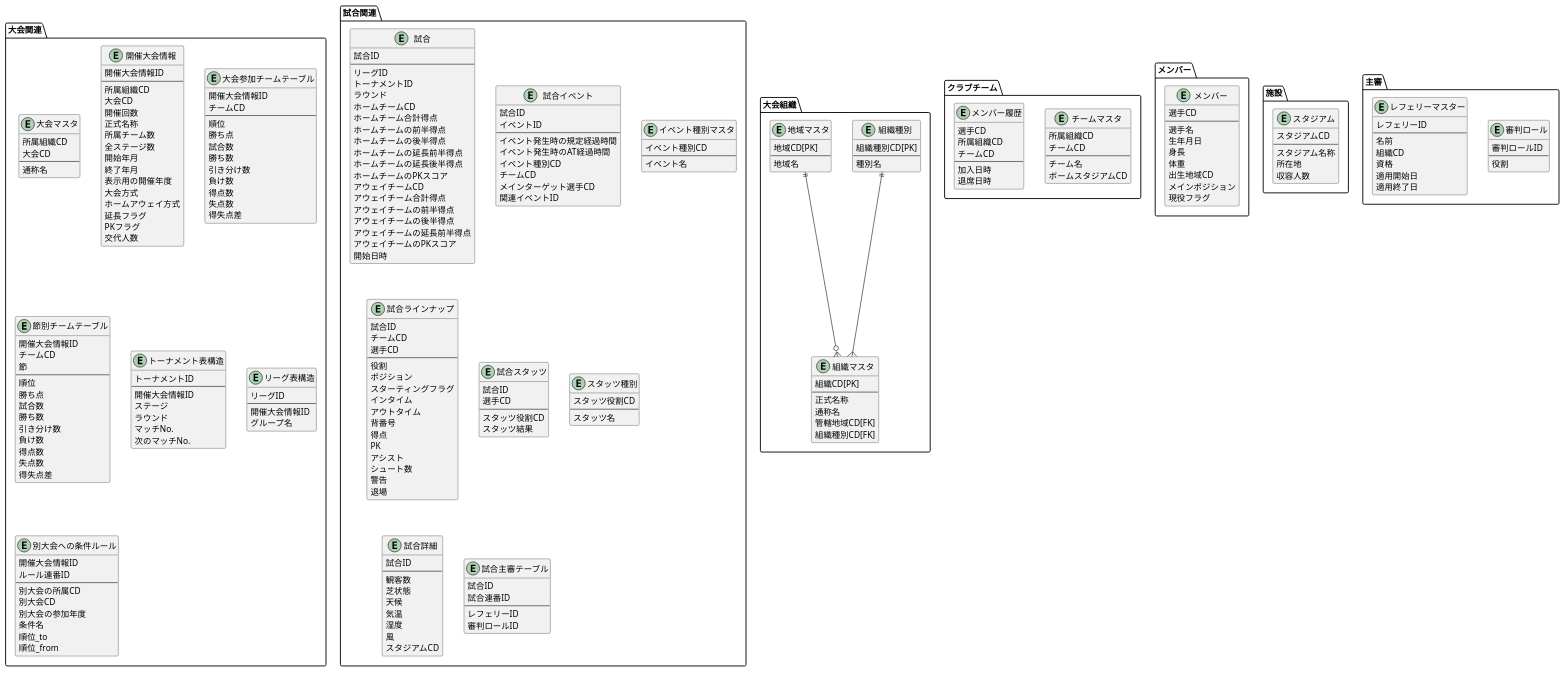
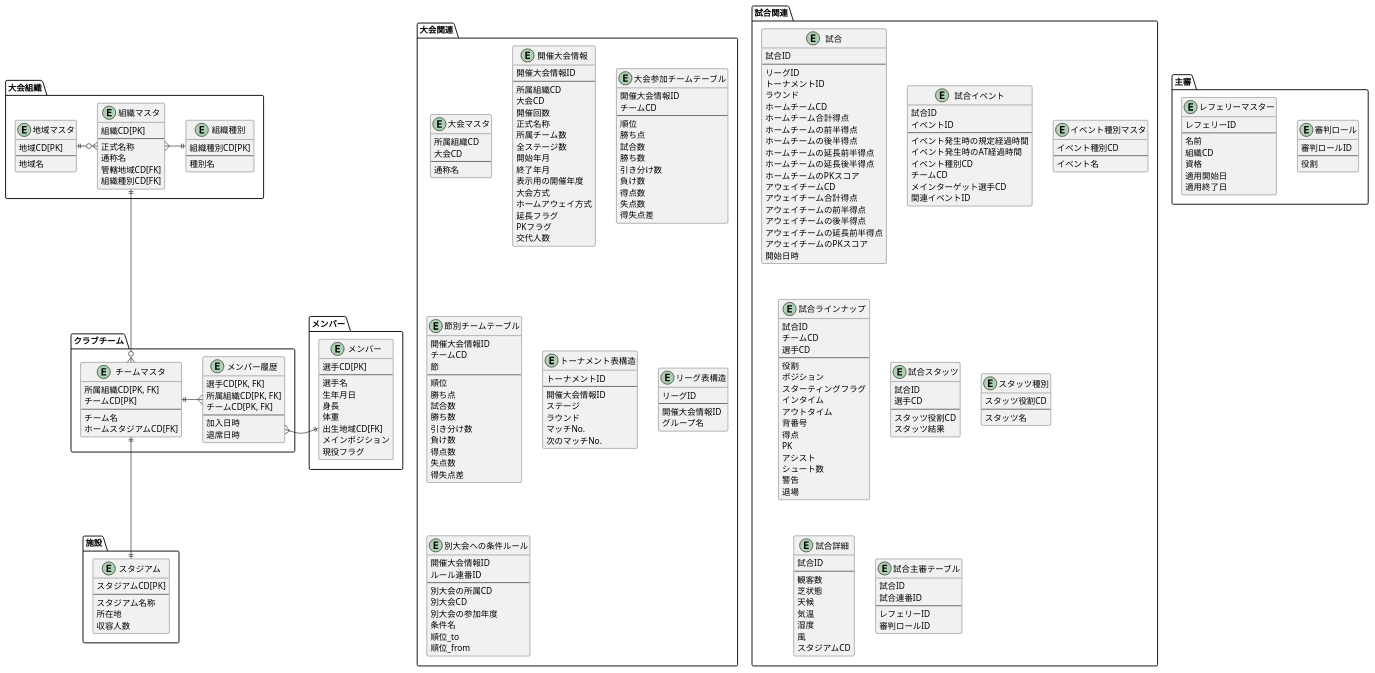
The diagram in soccker_db.puml (LCC-SYamada/SocckerDB_PlantUML), drawn with PlantUML before and after one commit.

Commit message:
チームや選手登録テーブル、施設テーブルをつなげてみる

```diff
--- a/soccker_db.puml
+++ b/soccker_db.puml
@@ -25,17 +25,17 @@
 
 Package "クラブチーム" {
   Entity "チームマスタ" as Team {
-    所属組織CD
-    チームCD
+    所属組織CD[PK, FK]
+    チームCD[PK]
     --
     チーム名
-    ボームスタジアムCD
+    ホームスタジアムCD[FK]
   }
 
   Entity "メンバー履歴" as MemberHistory {
-    選手CD
-    所属組織CD
-    チームCD
+    選手CD[PK, FK]
+    所属組織CD[PK, FK]
+    チームCD[PK, FK]
     --
     加入日時
     退席日時
@@ -44,13 +44,13 @@
 
 Package "メンバー" {
   Entity "メンバー" as Member {
-    選手CD
+    選手CD[PK]
     --
     選手名
     生年月日
     身長
     体重
-    出生地域CD
+    出生地域CD[FK]
     メインポジション
     現役フラグ
   }
@@ -58,7 +58,7 @@
 
 Package "施設" {
   Entity "スタジアム" as Stadium {
-    スタジアムCD
+    スタジアムCD[PK]
     --
     スタジアム名称
     所在地
@@ -267,7 +267,11 @@
   }
 }
 
-OrganizationType  ||--{ Organization
-Region ||--o{ Organization
+OrganizationType  ||-l-{ Organization
+Region ||-r-o{ Organization
+Organization ||--o{ Team
+Stadium ||-u-|| Team
+Team ||-r-{ MemberHistory
+Member ||-l-{ MemberHistory
 
 @enduml
```
